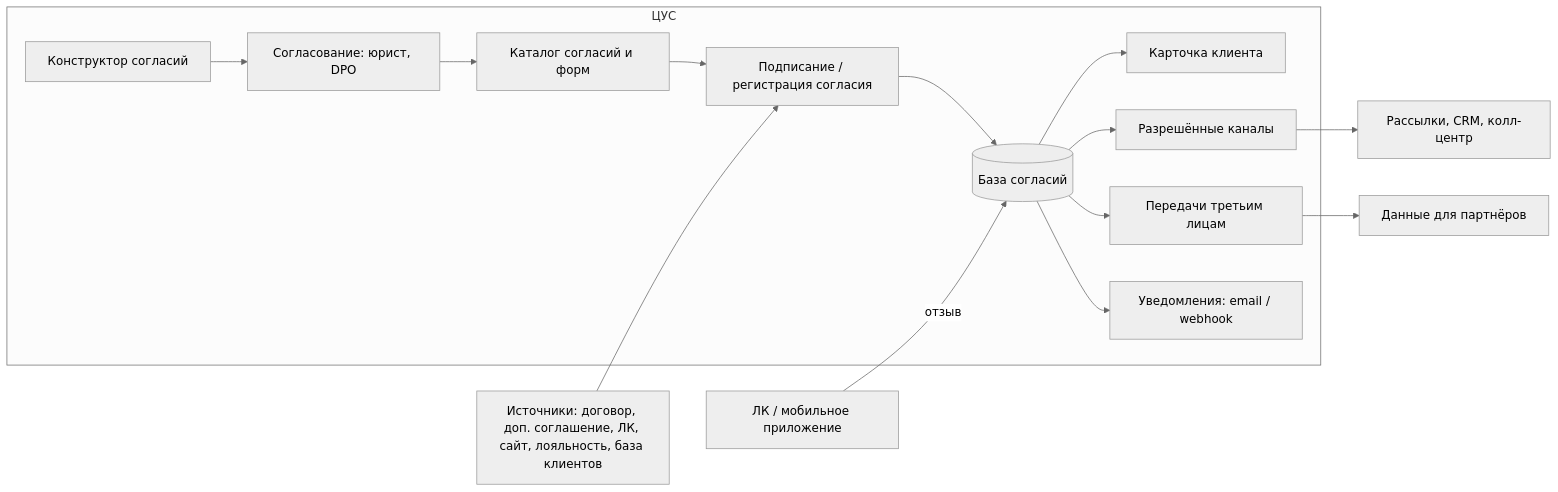
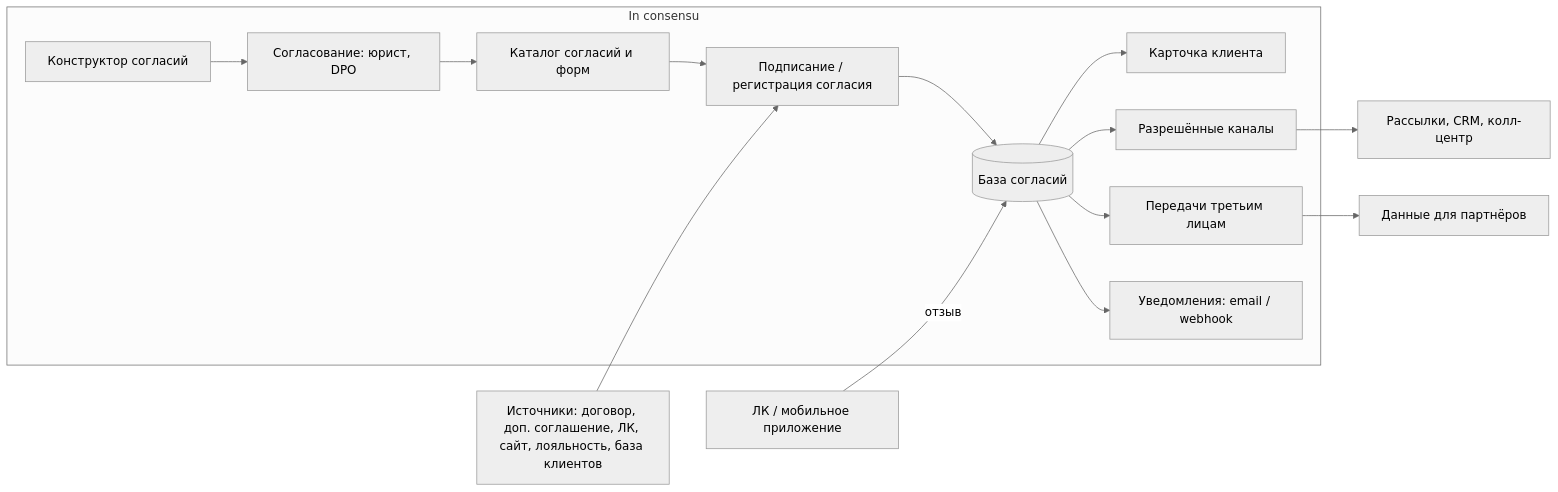
One commit to romabyr1989-bot/In_consensu changed the fifth of 5 diagrams in docs/architecture.md. Above: the diagram before and after it, drawn with Mermaid (neutral theme). The commit also changed other lines of this file and 697 other files, not shown here.

````diff
--- a/docs/architecture.md
+++ b/docs/architecture.md
@@ -160,17 +160,17 @@
 ```mermaid
 flowchart LR
-  subgraph CUS["ЦУС"]
+  subgraph CUS["In consensu"]
     C[Конструктор согласий] --> A[Согласование: юрист, DPO]
     A --> K[Каталог согласий и форм]
     K --> S[Подписание / регистрация согласия]
     S --> B[(База согласий)]
     B --> Card[Карточка клиента]
     B --> Ch[Разрешённые каналы]
     B --> T[Передачи третьим лицам]
     B --> N[Уведомления: email / webhook]
   end
   Src[Источники: договор, доп. соглашение, ЛК, сайт, лояльность, база клиентов] --> S
   Ch --> M[Рассылки, CRM, колл-центр]
   T --> P[Данные для партнёров]
   LK[ЛК / мобильное приложение] -->|отзыв| B
 ```
````
